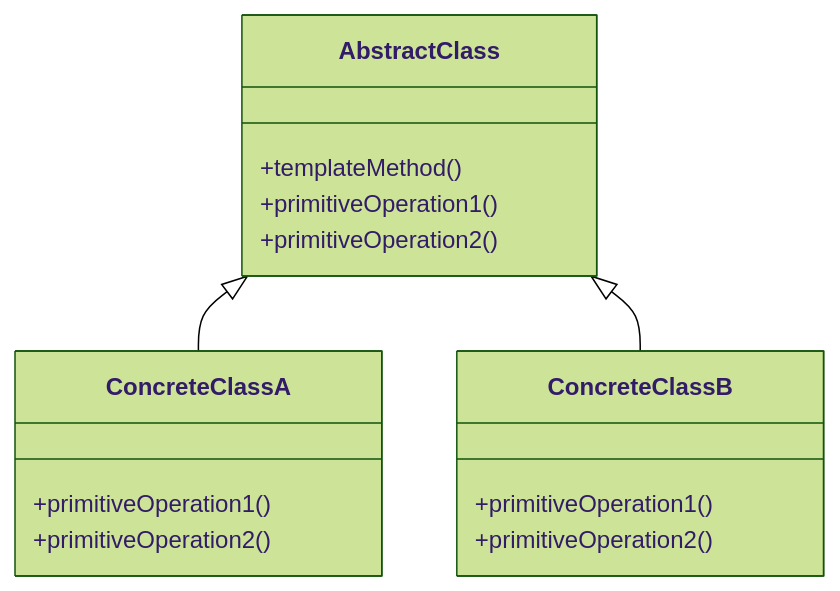
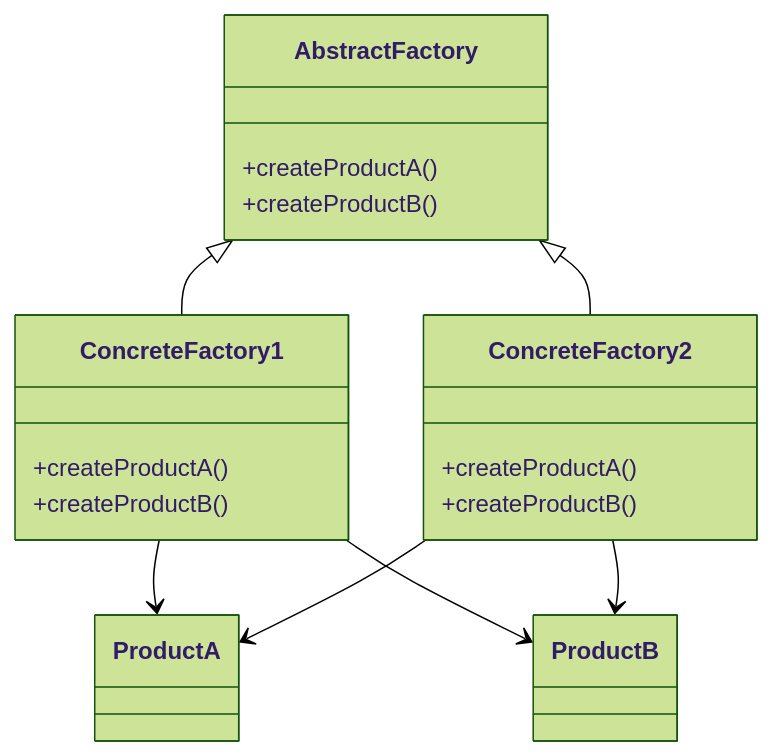
The fifth of 8 diagrams in articles/_posts/2024/2024-08-21-factory-method.md (42jerrykim/42jerrykim.github.io), drawn with Mermaid (forest theme) before and after one commit. The commit also changed other lines of this file, not shown here.

````diff
--- a/articles/_posts/2024/2024-08-21-factory-method.md
+++ b/articles/_posts/2024/2024-08-21-factory-method.md
@@ -839,18 +777,24 @@
 ```mermaid
 classDiagram
-    class AbstractClass {
-        +templateMethod()
-        +primitiveOperation1()
-        +primitiveOperation2()
+    class AbstractFactory {
+        +createProductA()
+        +createProductB()
     }
-    class ConcreteClassA {
-        +primitiveOperation1()
-        +primitiveOperation2()
+    class ConcreteFactory1 {
+        +createProductA()
+        +createProductB()
     }
-    class ConcreteClassB {
-        +primitiveOperation1()
-        +primitiveOperation2()
+    class ConcreteFactory2 {
+        +createProductA()
+        +createProductB()
     }
-    AbstractClass <|-- ConcreteClassA
-    AbstractClass <|-- ConcreteClassB
+    class ProductA
+    class ProductB
+
+    AbstractFactory <|-- ConcreteFactory1
+    AbstractFactory <|-- ConcreteFactory2
+    ConcreteFactory1 --> ProductA
+    ConcreteFactory1 --> ProductB
+    ConcreteFactory2 --> ProductA
+    ConcreteFactory2 --> ProductB
 ```
````
